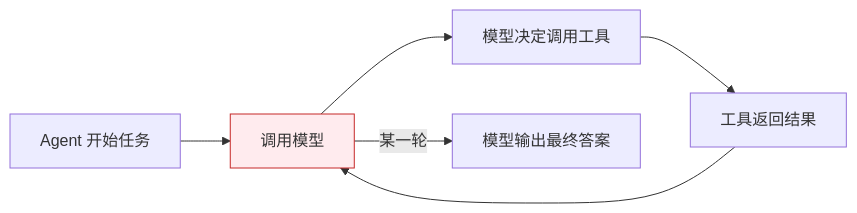
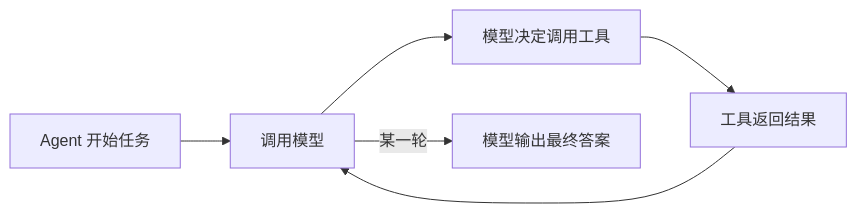
One commit to limenagent/prodagent changed the first of 3 diagrams in docs/topics/budget.md. Above: the diagram before and after it, drawn with Mermaid. The commit also changed other lines of this file and 113 other files, not shown here.

````diff
--- a/docs/topics/budget.md
+++ b/docs/topics/budget.md
@@ -9,10 +9,9 @@
 ```mermaid
 graph LR
     A["Agent 开始任务"] --> B["调用模型"]
     B --> C["模型决定调用工具"]
     C --> D["工具返回结果"]
     D --> B
     B -->|某一轮| E["模型输出最终答案"]
 
-    style B fill:#ffebee,stroke:#c62828
 ```
````
